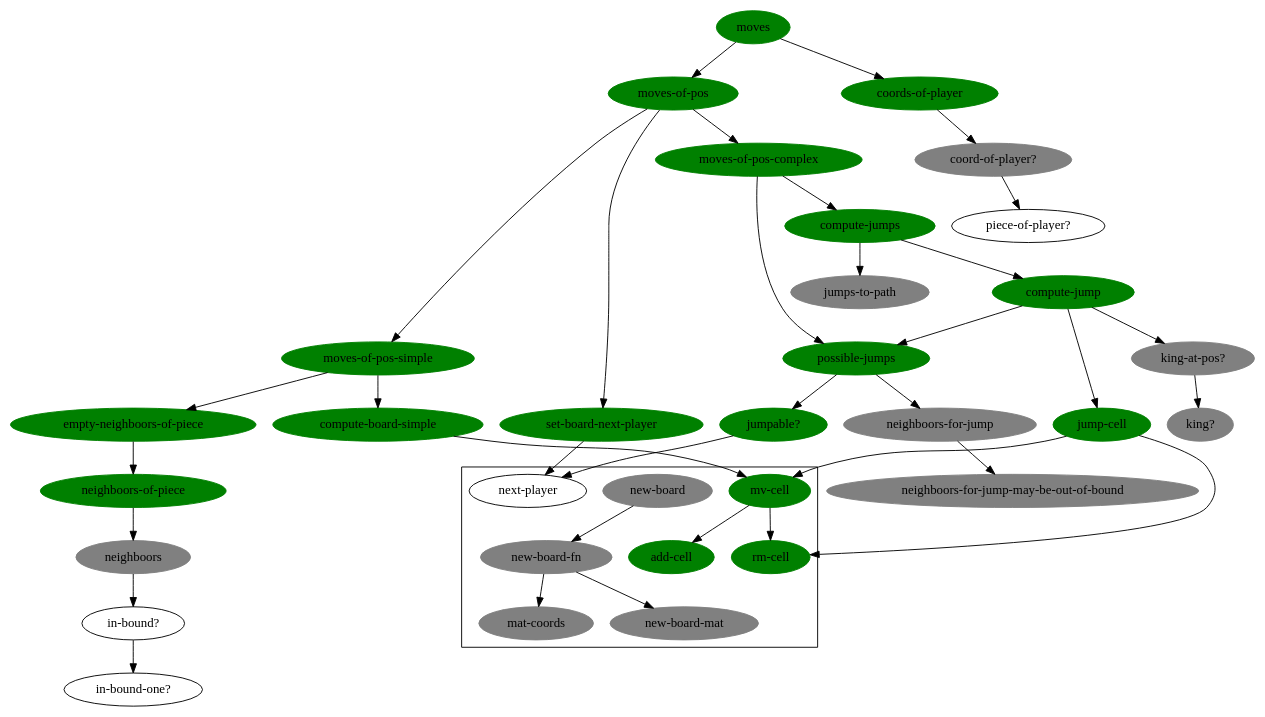
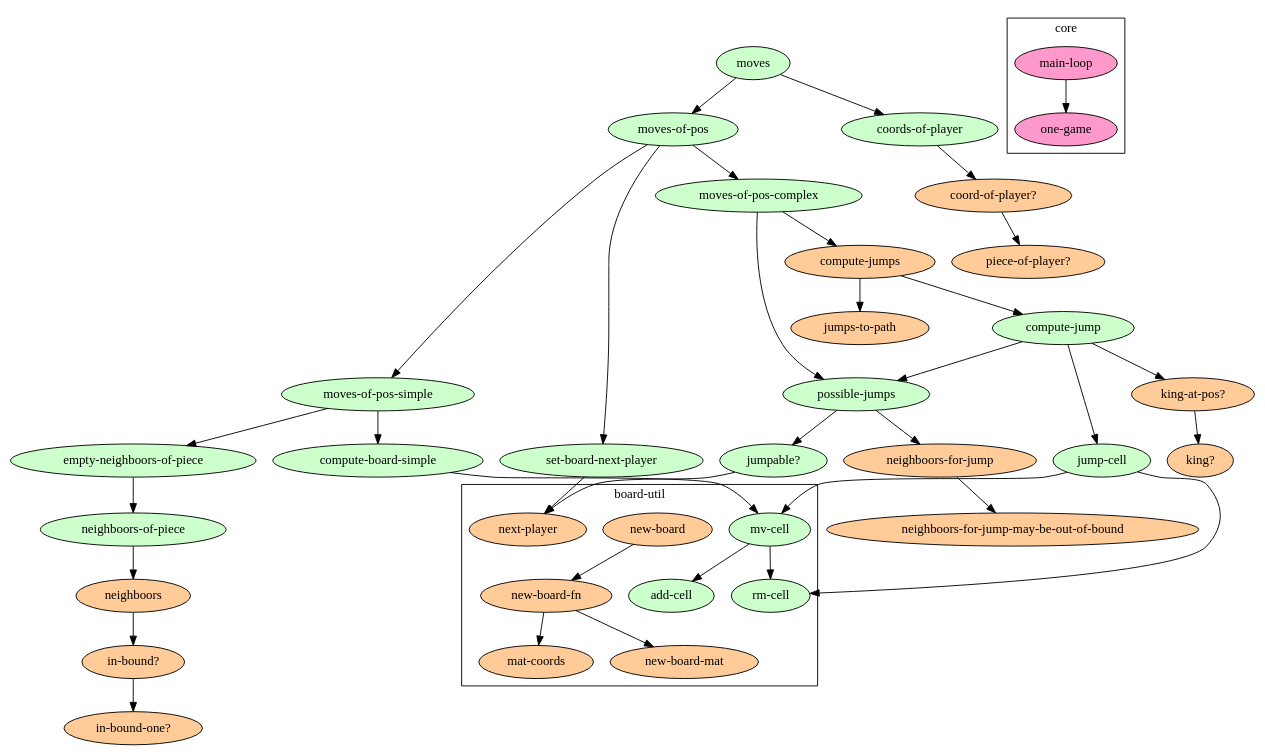
One commit to denlab/clojure-plays-checkers changed the diagram in doc/function-graph-detailled.dot. Above: the diagram before and after it, drawn with Graphviz.

Commit message:
doc: minor cosmetic update on the function graph

```diff
--- a/doc/function-graph-detailled.dot
+++ b/doc/function-graph-detailled.dot
@@ -1,116 +1,142 @@
 digraph funtions {
 
 /******************************************************************************
  *                         edges                                              *         
  ******************************************************************************/
 
         "new-board-fn" -> "mat-coords";
         "new-board-fn" -> "new-board-mat";
         
         "new-board" -> "new-board-fn";
 
         "in-bound?" -> "in-bound-one?";
 
         "neighboors" -> "in-bound?";
 
         "neighboors-of-piece" -> "neighboors";
 
         "empty-neighboors-of-piece" -> "neighboors-of-piece";
 
         "mv-cell" -> "rm-cell";
         "mv-cell" -> "add-cell";
 
         "compute-board-simple" -> "mv-cell";
 
         "moves-of-pos-simple" -> "compute-board-simple";
         "moves-of-pos-simple" ->  "empty-neighboors-of-piece";
         
         "neighboors-for-jump" -> "neighboors-for-jump-may-be-out-of-bound";
 
         "jumpable?" -> "next-player";
 
         "possible-jumps" -> "jumpable?";
         "possible-jumps" -> "neighboors-for-jump";
 
         "jump-cell" -> "rm-cell";
         "jump-cell" -> "mv-cell";
 
         "king-at-pos?" -> "king?";
 
         "compute-jump" -> "jump-cell";
         "compute-jump" -> "possible-jumps";
         "compute-jump" -> "king-at-pos?";
 
         "compute-jumps" -> "compute-jump";
         "compute-jumps" -> "jumps-to-path";
 
         "moves-of-pos-complex" -> "compute-jumps";
         "moves-of-pos-complex" -> "possible-jumps";
         
         "set-board-next-player" -> "next-player";
 
         "moves-of-pos" -> "moves-of-pos-simple";
         "moves-of-pos" -> "moves-of-pos-complex";
         "moves-of-pos" -> "set-board-next-player";
 
         "coord-of-player?" -> "piece-of-player?";
 
         "coords-of-player" -> "coord-of-player?";
 
         "moves" -> "moves-of-pos";
         "moves" -> "coords-of-player";
 
 /******************************************************************************
  *                         nodes                                              *         
  ******************************************************************************/
 
-        "moves"[bgcolor=green color=green style=filled];
-        "coords-of-player"[bgcolor=green color=green style=filled];
-        "moves-of-pos"[bgcolor=green color=green style=filled];
-        "moves-of-pos-complex"[bgcolor=green color=green style=filled];
-        "moves-of-pos-simple"[bgcolor=green color=green style=filled];
-        "compute-board-simple"[bgcolor=green color=green style=filled];
-        "mv-cell"[bgcolor=green color=green style=filled];
-        "add-cell"[bgcolor=green color=green style=filled];
-        "rm-cell"[bgcolor=green color=green style=filled];
-        "empty-neighboors-of-piece"[bgcolor=green color=green style=filled];
-        "neighboors-of-piece"[bgcolor=green color=green style=filled];
+        "moves"[style=filled,fillcolor="#CCFFCC"];
+        "coords-of-player"[style=filled,fillcolor="#CCFFCC"];
+        "moves-of-pos"[style=filled,fillcolor="#CCFFCC"];
+        "moves-of-pos-complex"[style=filled,fillcolor="#CCFFCC"];
+        "moves-of-pos-simple"[style=filled,fillcolor="#CCFFCC"];
+        "compute-board-simple"[style=filled,fillcolor="#CCFFCC"];
+        "mv-cell"[style=filled,fillcolor="#CCFFCC"];
+        "add-cell"[style=filled,fillcolor="#CCFFCC"];
+        "rm-cell"[style=filled,fillcolor="#CCFFCC"];
+        "empty-neighboors-of-piece"[style=filled,fillcolor="#CCFFCC"];
+        "neighboors-of-piece"[style=filled,fillcolor="#CCFFCC"];
 
-        "compute-jump"[bgcolor=green color=green style=filled];
+        "compute-jump"[style=filled,fillcolor="#CCFFCC"];
 
-        "jump-cell"[bgcolor=green color=green style=filled];
-        "possible-jumps"[bgcolor=green color=green style=filled];
-        "jumpable?"[bgcolor=green color=green style=filled];
+        "jump-cell"[style=filled,fillcolor="#CCFFCC"];
+        "possible-jumps"[style=filled,fillcolor="#CCFFCC"];
+        "jumpable?"[style=filled,fillcolor="#CCFFCC"];
 
-        "coord-of-player?"[bgcolor=grey color=grey style=filled];
-        "jumps-to-path"[bgcolor=grey color=grey style=filled];
-        "king-at-pos?"[bgcolor=grey color=grey style=filled];
-        "king?"[bgcolor=grey color=grey style=filled];
-        "neighboors-for-jump"[bgcolor=grey color=grey style=filled];
-        "neighboors-for-jump-may-be-out-of-bound"[bgcolor=grey color=grey style=filled];
-        "neighboors"[bgcolor=grey color=grey style=filled];
-        "new-board"[bgcolor=grey color=grey style=filled];
-        "new-board-fn"[bgcolor=grey color=grey style=filled];
-        "new-board-mat"[bgcolor=grey color=grey style=filled];
-        "mat-coords"[bgcolor=grey color=grey style=filled];
+        "coord-of-player?"[style=filled,fillcolor="#FFCC99"];
+        "jumps-to-path"[style=filled,fillcolor="#FFCC99"];
+        "king-at-pos?"[style=filled,fillcolor="#FFCC99"];
+        "king?"[style=filled,fillcolor="#FFCC99"];
+        "neighboors-for-jump"[style=filled,fillcolor="#FFCC99"];
+        "neighboors-for-jump-may-be-out-of-bound"[style=filled,fillcolor="#FFCC99"];
+        "neighboors"[style=filled,fillcolor="#FFCC99"];
+        "new-board"[style=filled,fillcolor="#FFCC99"];
+        "new-board-fn"[style=filled,fillcolor="#FFCC99"];
+        "new-board-mat"[style=filled,fillcolor="#FFCC99"];
+        "mat-coords"[style=filled,fillcolor="#FFCC99"];
 
-        "set-board-next-player"[bgcolor=green color=green style=filled];
+        "set-board-next-player"[style=filled,fillcolor="#CCFFCC"];
 
-        "compute-jumps"[bgcolor=green color=green style=filled];
+        "compute-jumps"[style=filled,fillcolor="#FFCC99"];
+
+        "piece-of-player?"[style=filled,fillcolor="#FFCC99"];
+        "next-player"[style=filled,fillcolor="#FFCC99"];
+        "in-bound?"[style=filled,fillcolor="#FFCC99"];
+        "in-bound-one?"[style=filled,fillcolor="#FFCC99"];
+
+
+/******************************************************************************
+ *                         one-game                                           *         
+ ******************************************************************************/
+
+        subgraph "cluster-ns-core" {
+                label = "core";
+
+                node [style=filled,fillcolor="#FF99CC"];
+
+                "main-loop" -> "one-game";
+
+                "main-loop";
+                "one-game";
+
+
+
+        }
 
 /******************************************************************************
  *                         namespaces                                         *         
  ******************************************************************************/
 
         subgraph "cluster-ns-board-util" {
                  "mv-cell";
                  "rm-cell";
                  "add-cell";
                  "next-player";
 
                  "new-board";
                  "new-board-fn";
                  "mat-coords";
                  "new-board-mat";
+
+                 label = "board-util";
         }
 }
```
